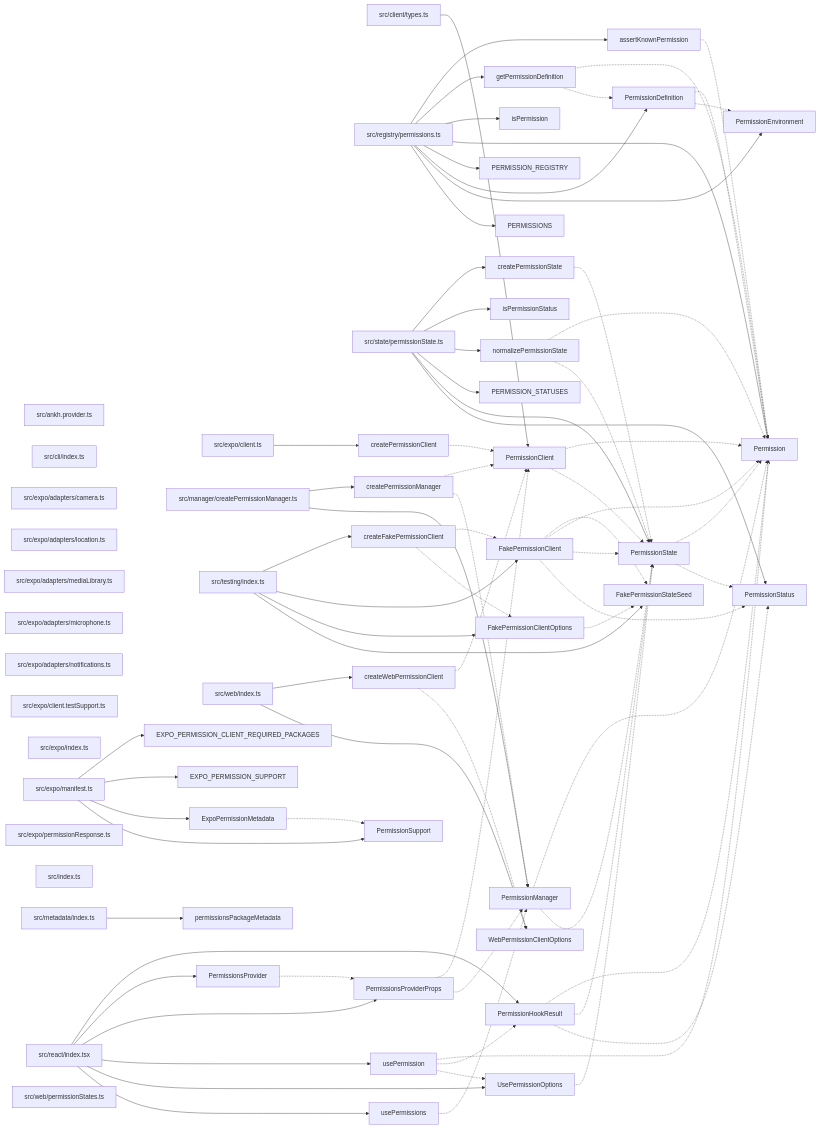
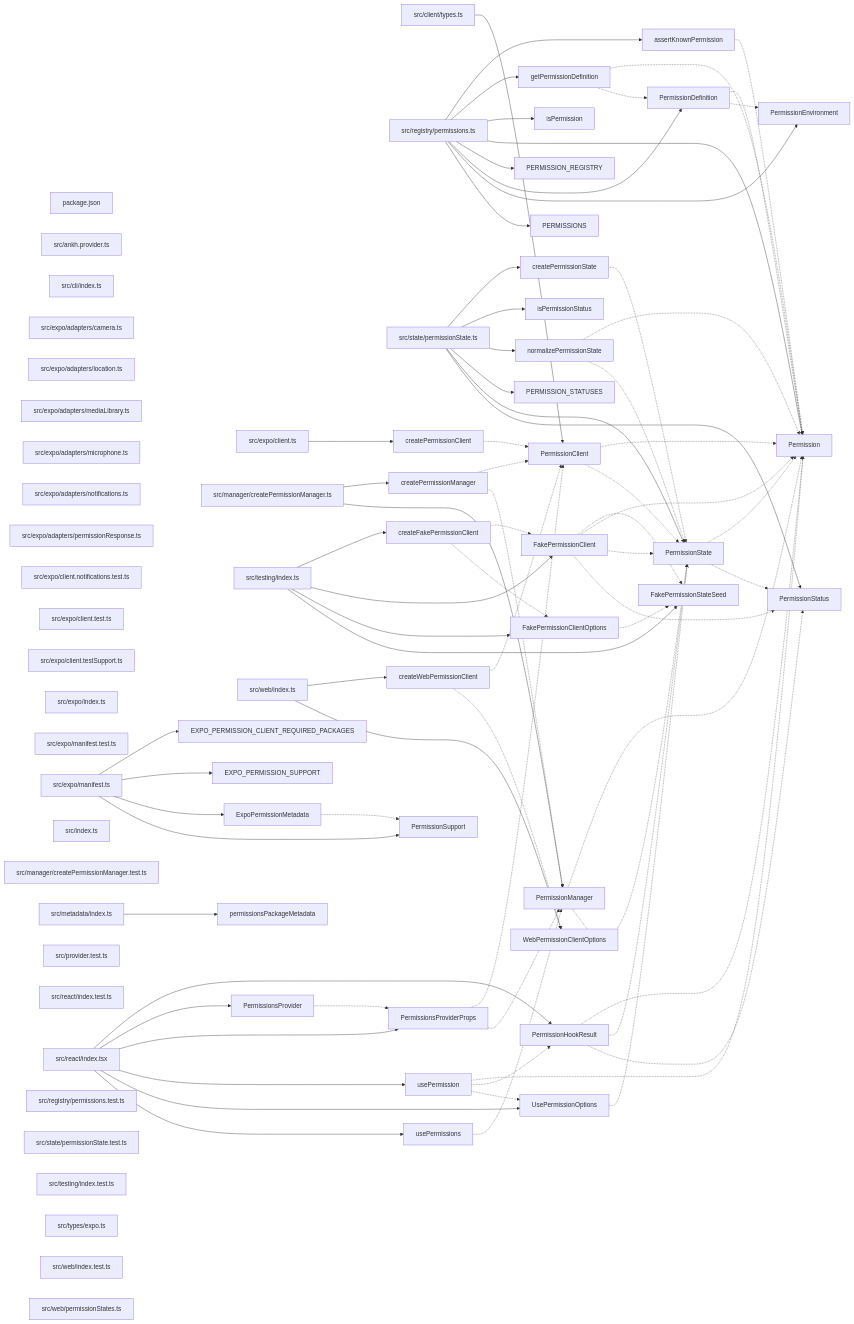
One commit to ankhorage/permissions changed the diagram in paradox/diagrams/export-graph.mmd. Above: the diagram before and after it, drawn with Mermaid. The commit also changed 17 other files, not shown here.

```diff
--- a/paradox/diagrams/export-graph.mmd
+++ b/paradox/diagrams/export-graph.mmd
@@ -1,131 +1,143 @@
 graph LR
+  module_package_json["package.json"]
   module_src_ankh_provider_ts["src/ankh.provider.ts"]
   module_src_cli_index_ts["src/cli/index.ts"]
   module_src_client_types_ts["src/client/types.ts"]
   module_src_expo_adapters_camera_ts["src/expo/adapters/camera.ts"]
   module_src_expo_adapters_location_ts["src/expo/adapters/location.ts"]
   module_src_expo_adapters_mediaLibrary_ts["src/expo/adapters/mediaLibrary.ts"]
   module_src_expo_adapters_microphone_ts["src/expo/adapters/microphone.ts"]
   module_src_expo_adapters_notifications_ts["src/expo/adapters/notifications.ts"]
+  module_src_expo_adapters_permissionResponse_ts["src/expo/adapters/permissionResponse.ts"]
+  module_src_expo_client_notifications_test_ts["src/expo/client.notifications.test.ts"]
+  module_src_expo_client_test_ts["src/expo/client.test.ts"]
   module_src_expo_client_testSupport_ts["src/expo/client.testSupport.ts"]
   module_src_expo_client_ts["src/expo/client.ts"]
   module_src_expo_index_ts["src/expo/index.ts"]
+  module_src_expo_manifest_test_ts["src/expo/manifest.test.ts"]
   module_src_expo_manifest_ts["src/expo/manifest.ts"]
-  module_src_expo_permissionResponse_ts["src/expo/permissionResponse.ts"]
   module_src_index_ts["src/index.ts"]
+  module_src_manager_createPermissionManager_test_ts["src/manager/createPermissionManager.test.ts"]
   module_src_manager_createPermissionManager_ts["src/manager/createPermissionManager.ts"]
   module_src_metadata_index_ts["src/metadata/index.ts"]
+  module_src_provider_test_ts["src/provider.test.ts"]
+  module_src_react_index_test_ts["src/react/index.test.ts"]
   module_src_react_index_tsx["src/react/index.tsx"]
+  module_src_registry_permissions_test_ts["src/registry/permissions.test.ts"]
   module_src_registry_permissions_ts["src/registry/permissions.ts"]
+  module_src_state_permissionState_test_ts["src/state/permissionState.test.ts"]
   module_src_state_permissionState_ts["src/state/permissionState.ts"]
+  module_src_testing_index_test_ts["src/testing/index.test.ts"]
   module_src_testing_index_ts["src/testing/index.ts"]
+  module_src_types_expo_ts["src/types/expo.ts"]
+  module_src_web_index_test_ts["src/web/index.test.ts"]
   module_src_web_index_ts["src/web/index.ts"]
   module_src_web_permissionStates_ts["src/web/permissionStates.ts"]
   export_assertKnownPermission["assertKnownPermission"]
   module_src_registry_permissions_ts --> export_assertKnownPermission
   export_assertKnownPermission -.-> export_Permission
   export_createFakePermissionClient["createFakePermissionClient"]
   module_src_testing_index_ts --> export_createFakePermissionClient
   export_createFakePermissionClient -.-> export_FakePermissionClient
   export_createFakePermissionClient -.-> export_FakePermissionClientOptions
   export_createPermissionClient["createPermissionClient"]
   module_src_expo_client_ts --> export_createPermissionClient
   export_createPermissionClient -.-> export_PermissionClient
   export_createPermissionManager["createPermissionManager"]
   module_src_manager_createPermissionManager_ts --> export_createPermissionManager
   export_createPermissionManager -.-> export_PermissionClient
   export_createPermissionManager -.-> export_PermissionManager
   export_createPermissionState["createPermissionState"]
   module_src_state_permissionState_ts --> export_createPermissionState
   export_createPermissionState -.-> export_PermissionState
   export_createWebPermissionClient["createWebPermissionClient"]
   module_src_web_index_ts --> export_createWebPermissionClient
   export_createWebPermissionClient -.-> export_PermissionClient
   export_createWebPermissionClient -.-> export_WebPermissionClientOptions
   export_EXPO_PERMISSION_CLIENT_REQUIRED_PACKAGES["EXPO_PERMISSION_CLIENT_REQUIRED_PACKAGES"]
   module_src_expo_manifest_ts --> export_EXPO_PERMISSION_CLIENT_REQUIRED_PACKAGES
   export_EXPO_PERMISSION_SUPPORT["EXPO_PERMISSION_SUPPORT"]
   module_src_expo_manifest_ts --> export_EXPO_PERMISSION_SUPPORT
   export_ExpoPermissionMetadata["ExpoPermissionMetadata"]
   module_src_expo_manifest_ts --> export_ExpoPermissionMetadata
   export_ExpoPermissionMetadata -.-> export_PermissionSupport
   export_FakePermissionClient["FakePermissionClient"]
   module_src_testing_index_ts --> export_FakePermissionClient
   export_FakePermissionClient -.-> export_FakePermissionStateSeed
   export_FakePermissionClient -.-> export_Permission
   export_FakePermissionClient -.-> export_PermissionState
   export_FakePermissionClient -.-> export_PermissionStatus
   export_FakePermissionClientOptions["FakePermissionClientOptions"]
   module_src_testing_index_ts --> export_FakePermissionClientOptions
   export_FakePermissionClientOptions -.-> export_FakePermissionStateSeed
   export_FakePermissionStateSeed["FakePermissionStateSeed"]
   module_src_testing_index_ts --> export_FakePermissionStateSeed
   export_getPermissionDefinition["getPermissionDefinition"]
   module_src_registry_permissions_ts --> export_getPermissionDefinition
   export_getPermissionDefinition -.-> export_Permission
   export_getPermissionDefinition -.-> export_PermissionDefinition
   export_isPermission["isPermission"]
   module_src_registry_permissions_ts --> export_isPermission
   export_isPermissionStatus["isPermissionStatus"]
   module_src_state_permissionState_ts --> export_isPermissionStatus
   export_normalizePermissionState["normalizePermissionState"]
   module_src_state_permissionState_ts --> export_normalizePermissionState
   export_normalizePermissionState -.-> export_Permission
   export_normalizePermissionState -.-> export_PermissionState
   export_Permission["Permission"]
   module_src_registry_permissions_ts --> export_Permission
   export_PERMISSION_REGISTRY["PERMISSION_REGISTRY"]
   module_src_registry_permissions_ts --> export_PERMISSION_REGISTRY
   export_PERMISSION_STATUSES["PERMISSION_STATUSES"]
   module_src_state_permissionState_ts --> export_PERMISSION_STATUSES
   export_PermissionClient["PermissionClient"]
   module_src_client_types_ts --> export_PermissionClient
   export_PermissionClient -.-> export_Permission
   export_PermissionClient -.-> export_PermissionState
   export_PermissionDefinition["PermissionDefinition"]
   module_src_registry_permissions_ts --> export_PermissionDefinition
   export_PermissionDefinition -.-> export_Permission
   export_PermissionDefinition -.-> export_PermissionEnvironment
   export_PermissionEnvironment["PermissionEnvironment"]
   module_src_registry_permissions_ts --> export_PermissionEnvironment
   export_PermissionHookResult["PermissionHookResult"]
   module_src_react_index_tsx --> export_PermissionHookResult
   export_PermissionHookResult -.-> export_Permission
   export_PermissionHookResult -.-> export_PermissionState
   export_PermissionHookResult -.-> export_PermissionStatus
   export_PermissionManager["PermissionManager"]
   module_src_manager_createPermissionManager_ts --> export_PermissionManager
   export_PermissionManager -.-> export_Permission
   export_PermissionManager -.-> export_PermissionState
   export_PERMISSIONS["PERMISSIONS"]
   module_src_registry_permissions_ts --> export_PERMISSIONS
   export_permissionsPackageMetadata["permissionsPackageMetadata"]
   module_src_metadata_index_ts --> export_permissionsPackageMetadata
   export_PermissionsProvider["PermissionsProvider"]
   module_src_react_index_tsx --> export_PermissionsProvider
   export_PermissionsProvider -.-> export_PermissionsProviderProps
   export_PermissionsProviderProps["PermissionsProviderProps"]
   module_src_react_index_tsx --> export_PermissionsProviderProps
   export_PermissionsProviderProps -.-> export_PermissionClient
   export_PermissionsProviderProps -.-> export_PermissionManager
   export_PermissionState["PermissionState"]
   module_src_state_permissionState_ts --> export_PermissionState
   export_PermissionState -.-> export_Permission
   export_PermissionState -.-> export_PermissionStatus
   export_PermissionStatus["PermissionStatus"]
   module_src_state_permissionState_ts --> export_PermissionStatus
   export_PermissionSupport["PermissionSupport"]
   module_src_expo_manifest_ts --> export_PermissionSupport
   export_usePermission["usePermission"]
   module_src_react_index_tsx --> export_usePermission
   export_usePermission -.-> export_Permission
   export_usePermission -.-> export_PermissionHookResult
   export_usePermission -.-> export_UsePermissionOptions
   export_UsePermissionOptions["UsePermissionOptions"]
   module_src_react_index_tsx --> export_UsePermissionOptions
   export_UsePermissionOptions -.-> export_PermissionState
   export_usePermissions["usePermissions"]
   module_src_react_index_tsx --> export_usePermissions
   export_usePermissions -.-> export_PermissionManager
   export_WebPermissionClientOptions["WebPermissionClientOptions"]
   module_src_web_index_ts --> export_WebPermissionClientOptions
```
